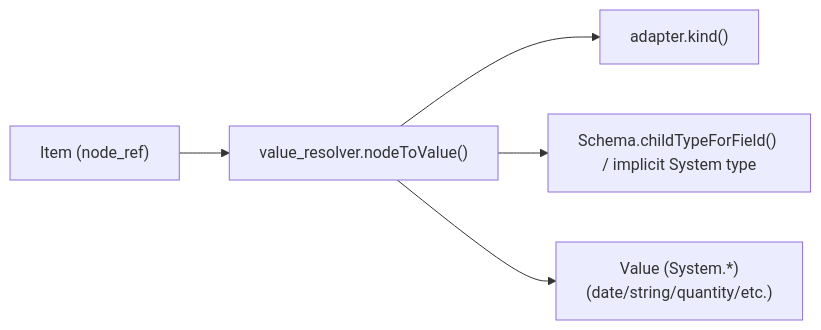
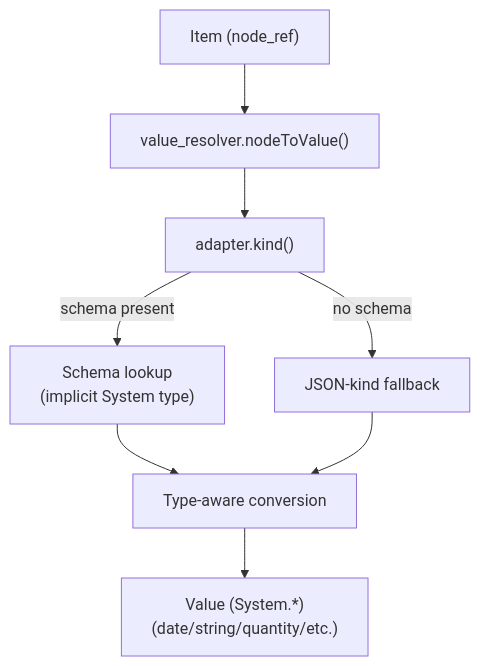
One commit to jmandel/fhirpath.zig changed the third of 3 diagrams in design.md. Above: the diagram before and after it, drawn with Mermaid. The commit also changed other lines of this file, not shown here.

Commit message:
docs: simplify architecture diagrams

````diff
--- a/design.md
+++ b/design.md
@@ -1064,7 +1074,10 @@
 ```mermaid
-flowchart LR
+flowchart TB
   ItemNode["Item (node_ref)"] --> Resolver["value_resolver.nodeToValue()"]
   Resolver --> Kind["adapter.kind()"]
-  Resolver --> Schema["Schema.childTypeForField() / implicit System type"]
-  Resolver --> Value["Value (System.*)\n(date/string/quantity/etc.)"]
+  Kind -->|schema present| SchemaLookup["Schema lookup<br/>(implicit System type)"]
+  Kind -->|no schema| Fallback["JSON-kind fallback"]
+  SchemaLookup --> Convert["Type-aware conversion"]
+  Fallback --> Convert
+  Convert --> Value["Value (System.*)<br/>(date/string/quantity/etc.)"]
 ```
````
